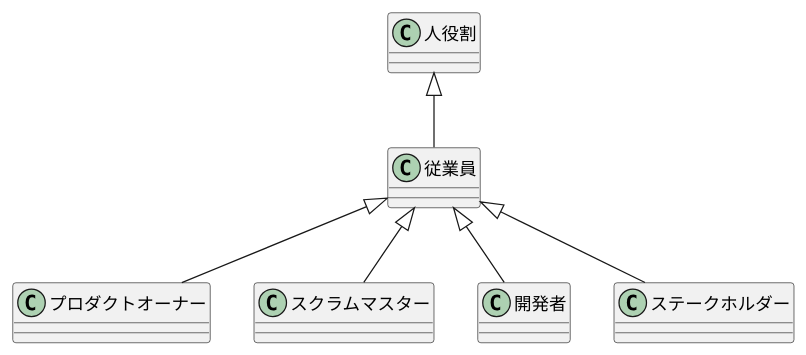
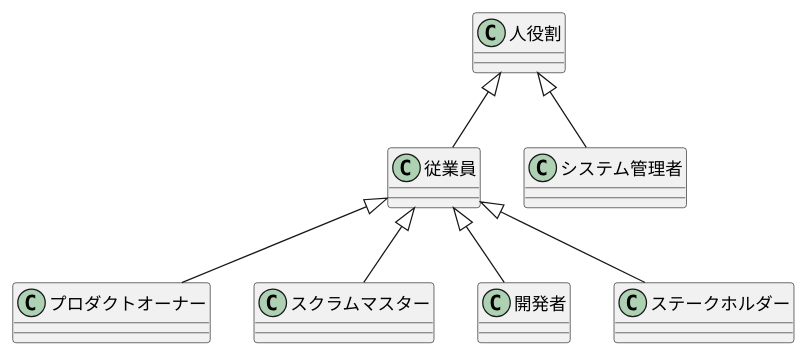
One commit to mizo432/modulith-learning changed the diagram in docs/12 RDRA モデル/06 機能要件/AG アジルーム/03.システム境界/02.アクター/アクタークラス図.md. Above: the diagram before and after it, drawn with PlantUML. The commit also changed 9 other files, not shown here.

````diff
--- a/docs/12 RDRA モデル/06 機能要件/AG アジルーム/03.システム境界/02.アクター/アクタークラス図.md
+++ b/docs/12 RDRA モデル/06 機能要件/AG アジルーム/03.システム境界/02.アクター/アクタークラス図.md
@@ -1,18 +1,19 @@
 ```puml
 @startuml
 class 人役割
 class 従業員
 class プロダクトオーナー
 class スクラムマスター
 class 開発者
-class 従業員
 class ステークホルダー
+class システム管理者
 
 人役割 <|-- 従業員
 従業員 <|-- ステークホルダー
 従業員 <|-- 開発者
 従業員 <|-- プロダクトオーナー
 従業員 <|-- スクラムマスター
+人役割 <|-- システム管理者
 
 @enduml
 ```
````
